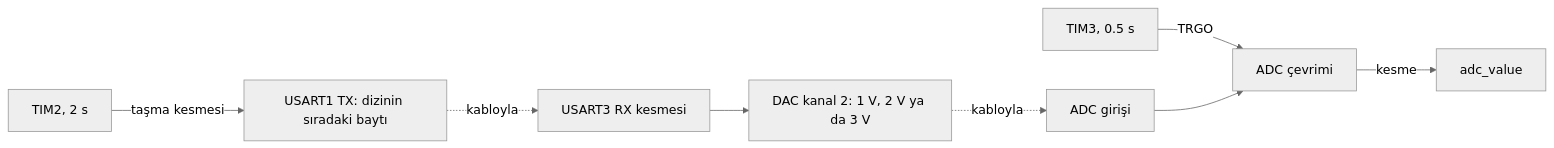
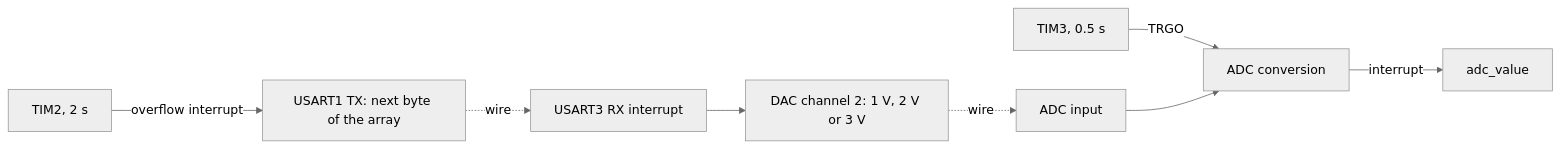
Before and after one commit to meyubcan/stm32f0-timer-uart-dac-adc: the diagram in README.md, drawn with Mermaid (neutral theme). The commit also changed other lines of this file and 1 other file, not shown here.

````diff
--- a/README.md
+++ b/README.md
@@ -17,10 +21,10 @@
 ```mermaid
 flowchart LR
-    T2[TIM2, 2 s] -- "taşma kesmesi" --> TX[USART1 TX: dizinin sıradaki baytı]
-    TX -. kabloyla .-> RX[USART3 RX kesmesi]
-    RX --> DAC[DAC kanal 2: 1 V, 2 V ya da 3 V]
-    DAC -. kabloyla .-> AIN[ADC girişi]
-    T3[TIM3, 0.5 s] -- TRGO --> ADC[ADC çevrimi]
+    T2[TIM2, 2 s] -- "overflow interrupt" --> TX[USART1 TX: next byte of the array]
+    TX -. wire .-> RX[USART3 RX interrupt]
+    RX --> DAC[DAC channel 2: 1 V, 2 V or 3 V]
+    DAC -. wire .-> AIN[ADC input]
+    T3[TIM3, 0.5 s] -- TRGO --> ADC[ADC conversion]
     AIN --> ADC
-    ADC -- kesme --> VAL[adc_value]
+    ADC -- interrupt --> VAL[adc_value]
 ```
````
